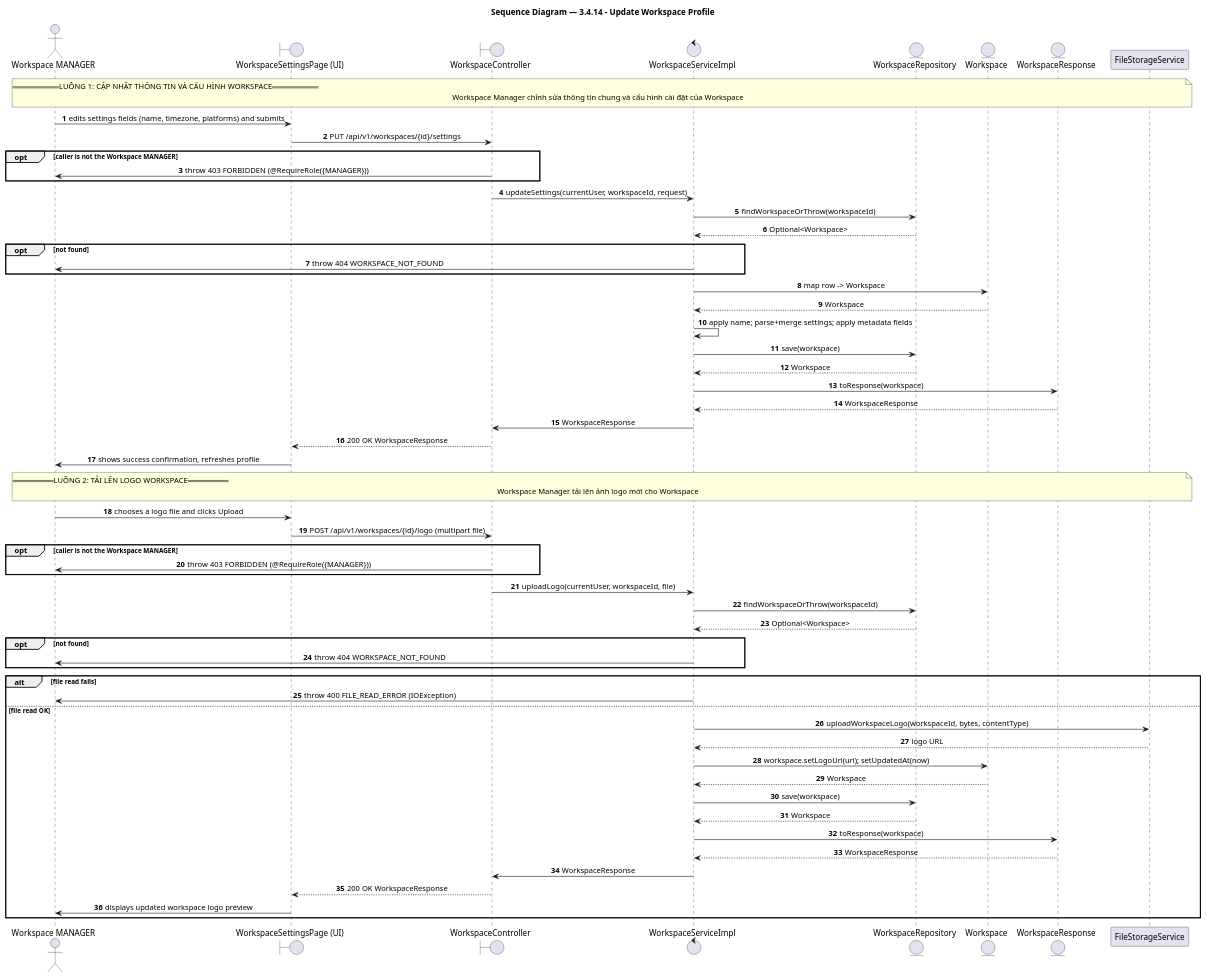
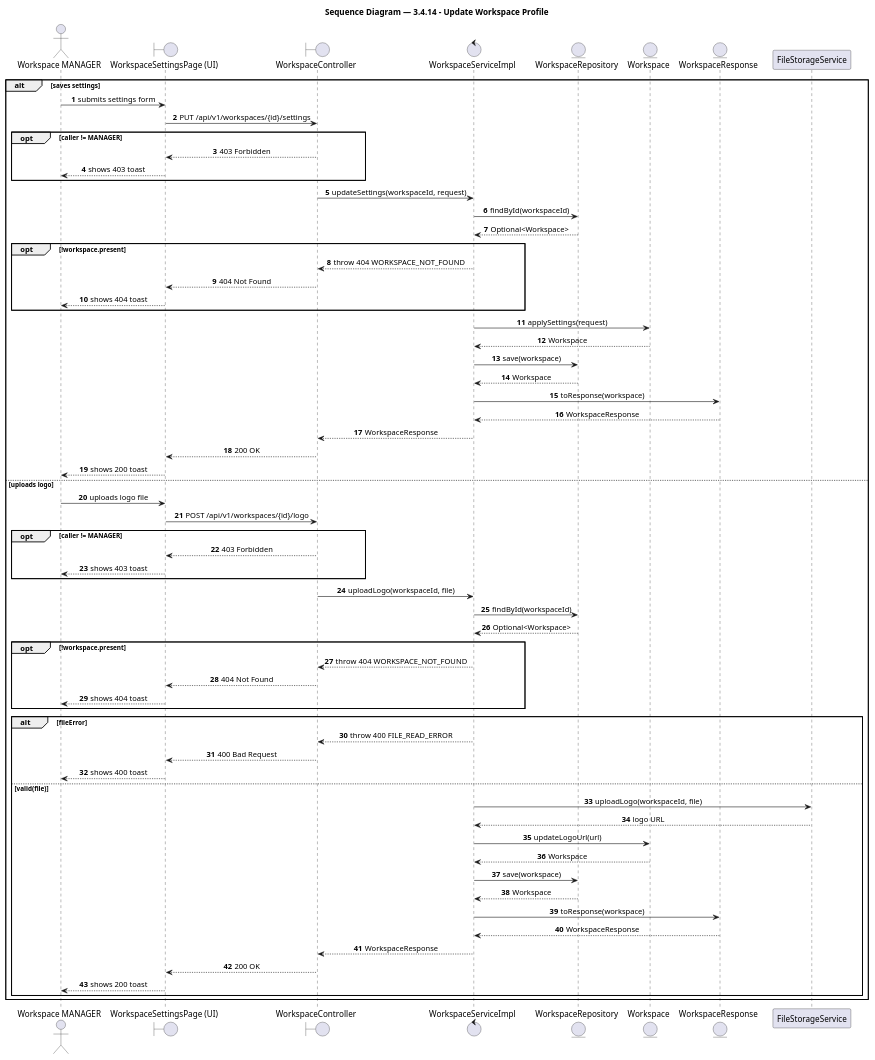
The diagram in docs/feature/agency-workspace/3-4-14-update-workspace-profile/report4_sequence.puml (BrandHubOrganization/brandhub-infrastructure), drawn with PlantUML before and after one commit. The commit also changed 33 other files, not shown here.

Commit message:
docs: add PlantUML sequence diagrams and class diagrams for agency workspace and profile features

```diff
--- a/docs/feature/agency-workspace/3-4-14-update-workspace-profile/report4_sequence.puml
+++ b/docs/feature/agency-workspace/3-4-14-update-workspace-profile/report4_sequence.puml
@@ -1,75 +1,78 @@
 @startuml 3.4.14 - Update Workspace Profile
 title Sequence Diagram — 3.4.14 - Update Workspace Profile
 
 autonumber
 skinparam shadowing false
 skinparam sequenceMessageAlign center
 skinparam BoxPadding 10
 skinparam ParticipantPadding 10
 
 ' === Participants ===
 actor "Workspace MANAGER" as workspace_manager
 boundary "WorkspaceSettingsPage (UI)" as workspacesettingspage_ui
 boundary "WorkspaceController" as workspacecontroller
 control "WorkspaceServiceImpl" as workspaceserviceimpl
 entity "WorkspaceRepository" as workspacerepository
 entity "Workspace" as workspace
 entity "WorkspaceResponse" as workspaceresponse
 participant "FileStorageService" as filestorageservice
 
-' === Flow 1 ===
-note over workspace_manager, filestorageservice : == LUỒNG 1: CẬP NHẬT THÔNG TIN VÀ CẤU HÌNH WORKSPACE ==\nWorkspace Manager chỉnh sửa thông tin chung và cấu hình cài đặt của Workspace
-
-workspace_manager -> workspacesettingspage_ui: edits settings fields (name, timezone, platforms) and submits
-workspacesettingspage_ui -> workspacecontroller: PUT /api/v1/workspaces/{id}/settings
-opt caller is not the Workspace MANAGER
-  workspacecontroller -> workspace_manager: throw 403 FORBIDDEN (@RequireRole({MANAGER}))
-end
-workspacecontroller -> workspaceserviceimpl: updateSettings(currentUser, workspaceId, request)
-workspaceserviceimpl -> workspacerepository: findWorkspaceOrThrow(workspaceId)
-workspacerepository --> workspaceserviceimpl: Optional<Workspace>
-opt not found
-  workspaceserviceimpl -> workspace_manager: throw 404 WORKSPACE_NOT_FOUND
-end
-workspaceserviceimpl -> workspace: map row -> Workspace
-workspace --> workspaceserviceimpl: Workspace
-workspaceserviceimpl -> workspaceserviceimpl: apply name; parse+merge settings; apply metadata fields
-workspaceserviceimpl -> workspacerepository: save(workspace)
-workspacerepository --> workspaceserviceimpl: Workspace
-workspaceserviceimpl -> workspaceresponse: toResponse(workspace)
-workspaceresponse --> workspaceserviceimpl: WorkspaceResponse
-workspaceserviceimpl -> workspacecontroller: WorkspaceResponse
-workspacecontroller --> workspacesettingspage_ui: 200 OK WorkspaceResponse
-workspacesettingspage_ui -> workspace_manager: shows success confirmation, refreshes profile
-
-' === Flow 2 ===
-note over workspace_manager, filestorageservice : == LUỒNG 2: TẢI LÊN LOGO WORKSPACE ==\nWorkspace Manager tải lên ảnh logo mới cho Workspace
-
-workspace_manager -> workspacesettingspage_ui: chooses a logo file and clicks Upload
-workspacesettingspage_ui -> workspacecontroller: POST /api/v1/workspaces/{id}/logo (multipart file)
-opt caller is not the Workspace MANAGER
-  workspacecontroller -> workspace_manager: throw 403 FORBIDDEN (@RequireRole({MANAGER}))
-end
-workspacecontroller -> workspaceserviceimpl: uploadLogo(currentUser, workspaceId, file)
-workspaceserviceimpl -> workspacerepository: findWorkspaceOrThrow(workspaceId)
-workspacerepository --> workspaceserviceimpl: Optional<Workspace>
-opt not found
-  workspaceserviceimpl -> workspace_manager: throw 404 WORKSPACE_NOT_FOUND
-end
-alt file read fails
-  workspaceserviceimpl -> workspace_manager: throw 400 FILE_READ_ERROR (IOException)
-else file read OK
-  workspaceserviceimpl -> filestorageservice: uploadWorkspaceLogo(workspaceId, bytes, contentType)
-  filestorageservice --> workspaceserviceimpl: logo URL
-  workspaceserviceimpl -> workspace: workspace.setLogoUrl(url); setUpdatedAt(now)
+alt saves settings
+  workspace_manager -> workspacesettingspage_ui: submits settings form
+  workspacesettingspage_ui -> workspacecontroller: PUT /api/v1/workspaces/{id}/settings
+  opt caller != MANAGER
+    workspacecontroller --> workspacesettingspage_ui: 403 Forbidden
+    workspacesettingspage_ui --> workspace_manager: shows 403 toast
+  end
+  workspacecontroller -> workspaceserviceimpl: updateSettings(workspaceId, request)
+  workspaceserviceimpl -> workspacerepository: findById(workspaceId)
+  workspacerepository --> workspaceserviceimpl: Optional<Workspace>
+  opt !workspace.present
+    workspaceserviceimpl --> workspacecontroller: throw 404 WORKSPACE_NOT_FOUND
+    workspacecontroller --> workspacesettingspage_ui: 404 Not Found
+    workspacesettingspage_ui --> workspace_manager: shows 404 toast
+  end
+  workspaceserviceimpl -> workspace: applySettings(request)
   workspace --> workspaceserviceimpl: Workspace
   workspaceserviceimpl -> workspacerepository: save(workspace)
   workspacerepository --> workspaceserviceimpl: Workspace
   workspaceserviceimpl -> workspaceresponse: toResponse(workspace)
   workspaceresponse --> workspaceserviceimpl: WorkspaceResponse
-  workspaceserviceimpl -> workspacecontroller: WorkspaceResponse
-  workspacecontroller --> workspacesettingspage_ui: 200 OK WorkspaceResponse
-  workspacesettingspage_ui -> workspace_manager: displays updated workspace logo preview
+  workspaceserviceimpl --> workspacecontroller: WorkspaceResponse
+  workspacecontroller --> workspacesettingspage_ui: 200 OK
+  workspacesettingspage_ui --> workspace_manager: shows 200 toast
+else uploads logo
+  workspace_manager -> workspacesettingspage_ui: uploads logo file
+  workspacesettingspage_ui -> workspacecontroller: POST /api/v1/workspaces/{id}/logo
+  opt caller != MANAGER
+    workspacecontroller --> workspacesettingspage_ui: 403 Forbidden
+    workspacesettingspage_ui --> workspace_manager: shows 403 toast
+  end
+  workspacecontroller -> workspaceserviceimpl: uploadLogo(workspaceId, file)
+  workspaceserviceimpl -> workspacerepository: findById(workspaceId)
+  workspacerepository --> workspaceserviceimpl: Optional<Workspace>
+  opt !workspace.present
+    workspaceserviceimpl --> workspacecontroller: throw 404 WORKSPACE_NOT_FOUND
+    workspacecontroller --> workspacesettingspage_ui: 404 Not Found
+    workspacesettingspage_ui --> workspace_manager: shows 404 toast
+  end
+  alt fileError
+    workspaceserviceimpl --> workspacecontroller: throw 400 FILE_READ_ERROR
+    workspacecontroller --> workspacesettingspage_ui: 400 Bad Request
+    workspacesettingspage_ui --> workspace_manager: shows 400 toast
+  else valid(file)
+    workspaceserviceimpl -> filestorageservice: uploadLogo(workspaceId, file)
+    filestorageservice --> workspaceserviceimpl: logo URL
+    workspaceserviceimpl -> workspace: updateLogoUrl(url)
+    workspace --> workspaceserviceimpl: Workspace
+    workspaceserviceimpl -> workspacerepository: save(workspace)
+    workspacerepository --> workspaceserviceimpl: Workspace
+    workspaceserviceimpl -> workspaceresponse: toResponse(workspace)
+    workspaceresponse --> workspaceserviceimpl: WorkspaceResponse
+    workspaceserviceimpl --> workspacecontroller: WorkspaceResponse
+    workspacecontroller --> workspacesettingspage_ui: 200 OK
+    workspacesettingspage_ui --> workspace_manager: shows 200 toast
+  end
 end
 
 @enduml
```
